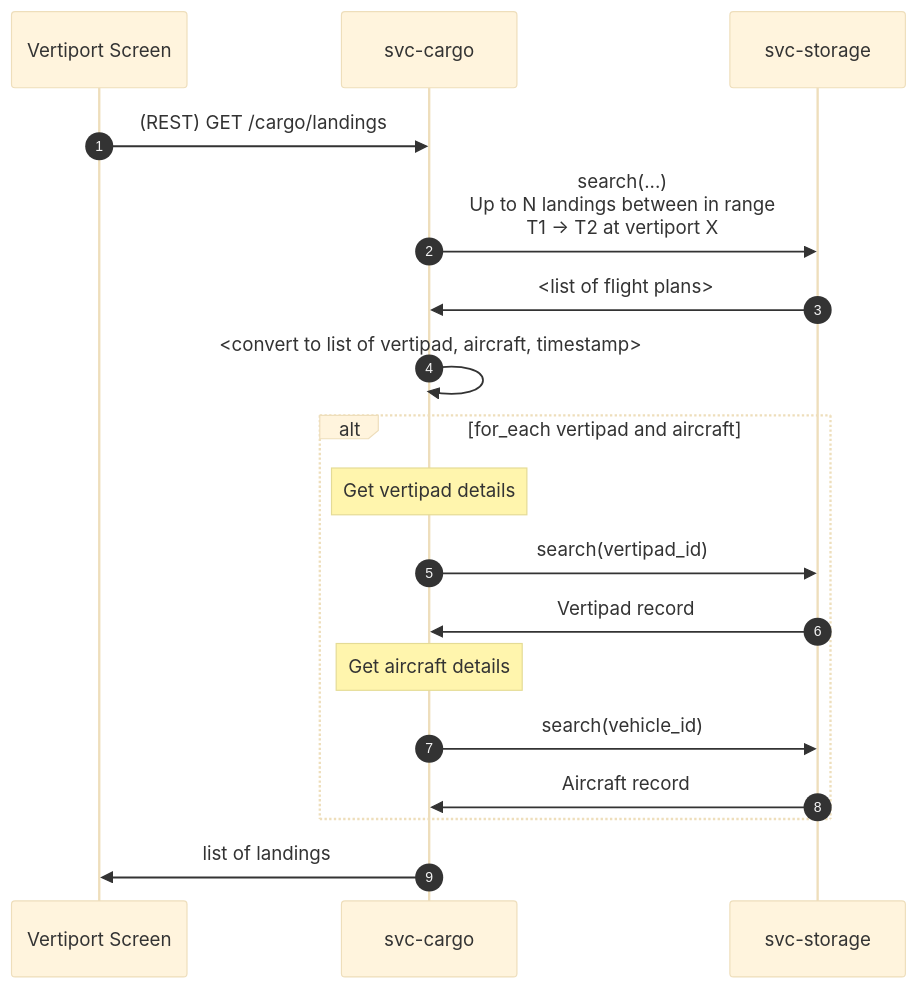
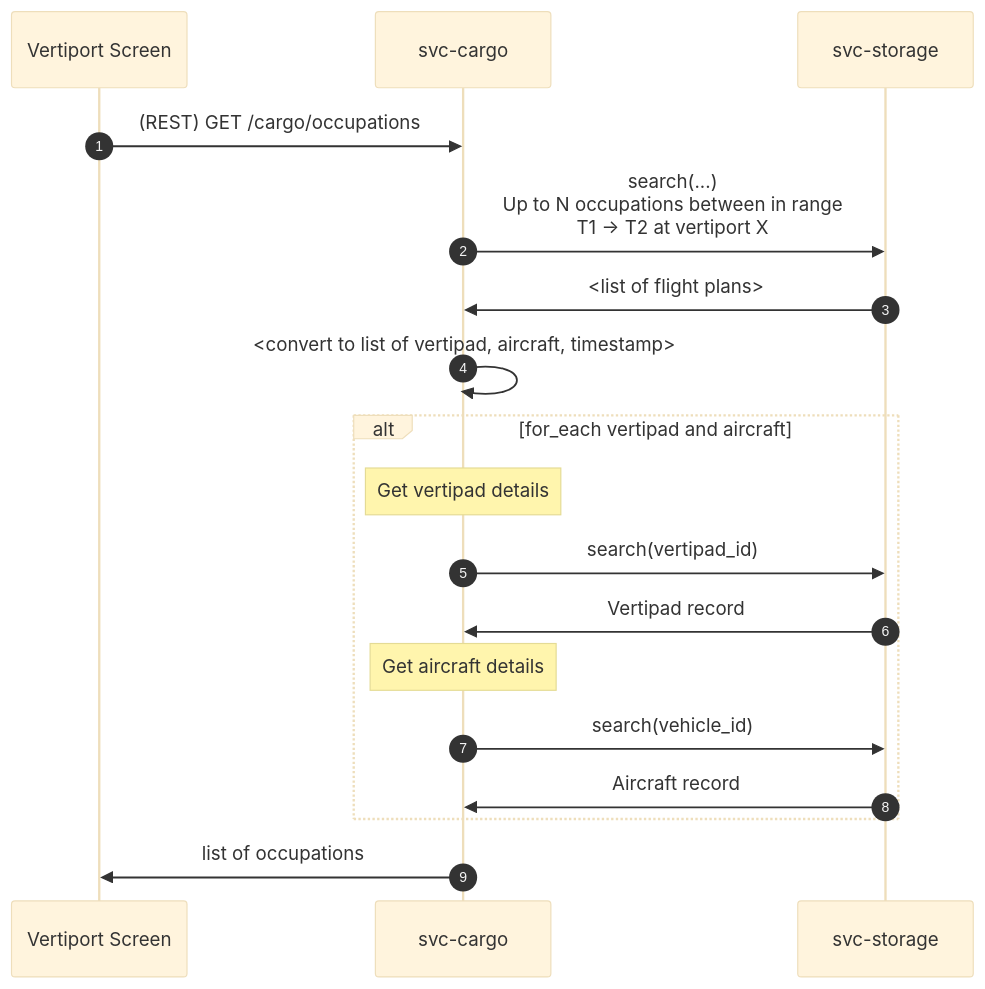
Before and after one commit to aetheric-oss/svc-cargo: diagram 18 of 25 in docs/sdd.md, drawn with Mermaid (base theme). The commit also changed other lines of this file and 18 other files, not shown here.

````diff
--- a/docs/sdd.md
+++ b/docs/sdd.md
@@ -363,21 +389,21 @@
 ```mermaid
 sequenceDiagram
     autonumber
     participant client as Vertiport Screen
     participant cargo as svc-cargo
     participant storage as svc-storage
 
-    client->>cargo: (REST) GET /cargo/landings
-    cargo->>storage: search(...)<br>Up to N landings between in range<br>T1 -> T2 at vertiport X
+    client->>cargo: (REST) GET /cargo/occupations
+    cargo->>storage: search(...)<br>Up to N occupations between in range<br>T1 -> T2 at vertiport X
     storage->>cargo: <list of flight plans>
     cargo->>cargo: <convert to list of vertipad, aircraft, timestamp>
     alt for_each vertipad and aircraft
         Note over cargo: Get vertipad details
         cargo->>storage: search(vertipad_id)
         storage->>cargo: Vertipad record
         Note over cargo: Get aircraft details
         cargo->>storage: search(vehicle_id)
         storage->>cargo: Aircraft record
     end
-    cargo->>client: list of landings
+    cargo->>client: list of occupations
 ```
````
